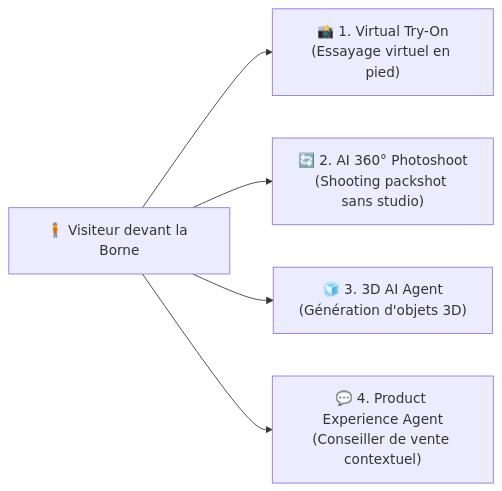
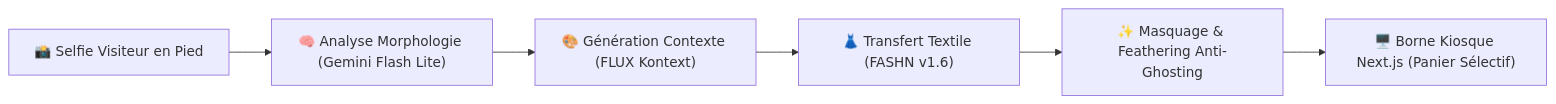
The diagram in 01 - Projects/Stage OnePoint - AI Lab/Fiches Techniques/FT04 - Experiences Retail AI Virtual Try On.md (emiliejng/second-brain-Emilie), drawn with Mermaid before and after one commit. The commit also changed other lines of this file and 10 other files, not shown here.

````diff
--- a/01 - Projects/Stage OnePoint - AI Lab/Fiches Techniques/FT04 - Experiences Retail AI Virtual Try On.md
+++ b/01 - Projects/Stage OnePoint - AI Lab/Fiches Techniques/FT04 - Experiences Retail AI Virtual Try On.md
@@ -34,7 +41,8 @@
 ```mermaid
 flowchart LR
-    A["🧍 Visiteur devant la Borne"] --> B["📸 1. Virtual Try-On<br>(Essayage virtuel en pied)"]
-    A --> C["🔄 2. AI 360° Photoshoot<br>(Shooting packshot sans studio)"]
-    A --> D["🧊 3. 3D AI Agent<br>(Génération d'objets 3D)"]
-    A --> E["💬 4. Product Experience Agent<br>(Conseiller de vente contextuel)"]
+    A["📸 Selfie Visiteur en Pied"] --> B["🧠 Analyse Morphologie (Gemini Flash Lite)"]
+    B --> C["🎨 Génération Contexte (FLUX Kontext)"]
+    C --> D["👗 Transfert Textile (FASHN v1.6)"]
+    D --> E["✨ Masquage & Feathering Anti-Ghosting"]
+    E --> F["🖥️ Borne Kiosque Next.js (Panier Sélectif)"]
 ```
````
